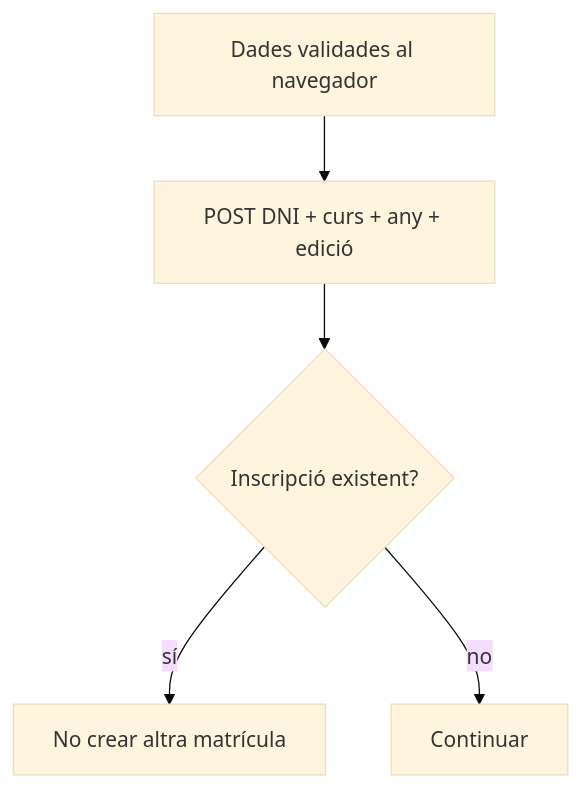
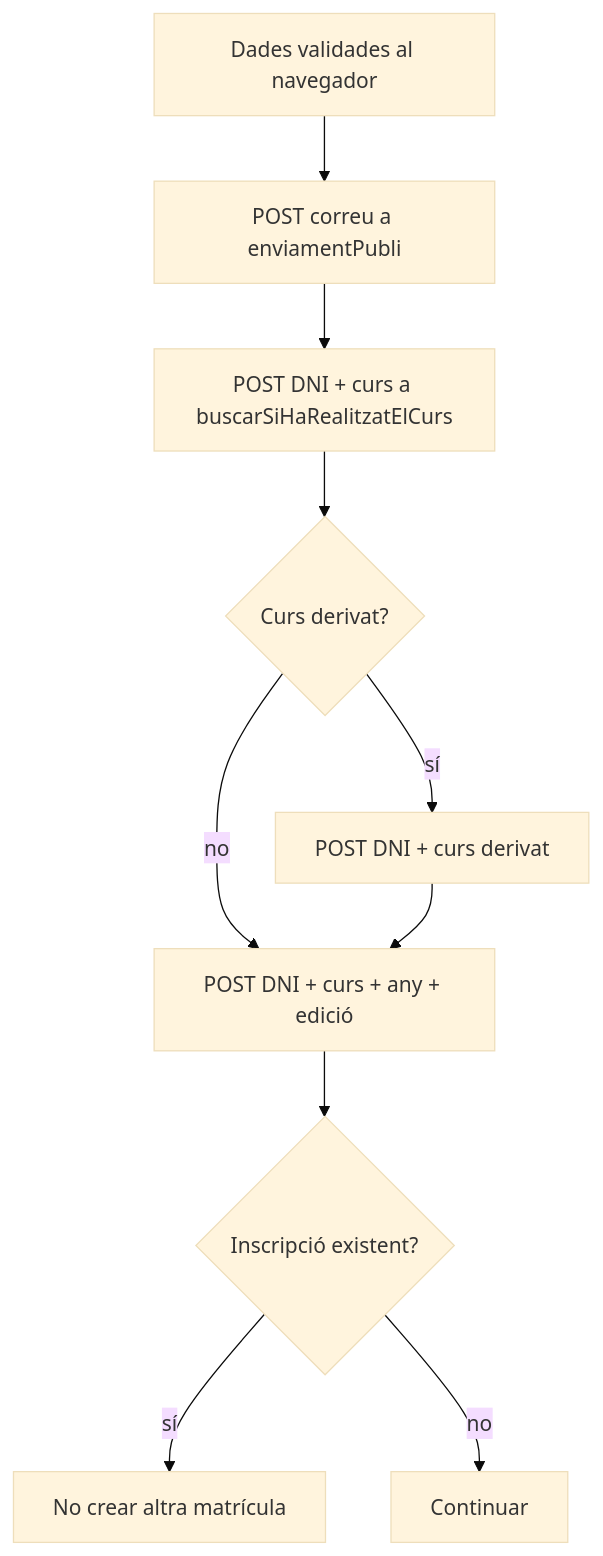
Before and after one commit to orgmeriemprismacat-del/verifactu: the third of 8 diagrams in documentacio/07-uml-integrat/uc-018-activitats-pagines-bescanvi-regal-actual-final.md, drawn with Mermaid (base theme). The commit also changed other lines of this file, not shown here.

````diff
--- a/documentacio/07-uml-integrat/uc-018-activitats-pagines-bescanvi-regal-actual-final.md
+++ b/documentacio/07-uml-integrat/uc-018-activitats-pagines-bescanvi-regal-actual-final.md
@@ -52,7 +54,12 @@
 ```mermaid
 flowchart TD
-A[Dades validades al navegador] --> B[POST DNI + curs + any + edició]
+A[Dades validades al navegador] --> M[POST correu a enviamentPubli]
+M --> H[POST DNI + curs a buscarSiHaRealitzatElCurs]
+H --> X{Curs derivat?}
+X -- sí --> H2[POST DNI + curs derivat]
+X -- no --> B[POST DNI + curs + any + edició]
+H2 --> B
 B --> C{Inscripció existent?}
 C -- sí --> D[No crear altra matrícula]
 C -- no --> E[Continuar]
 ```
````
